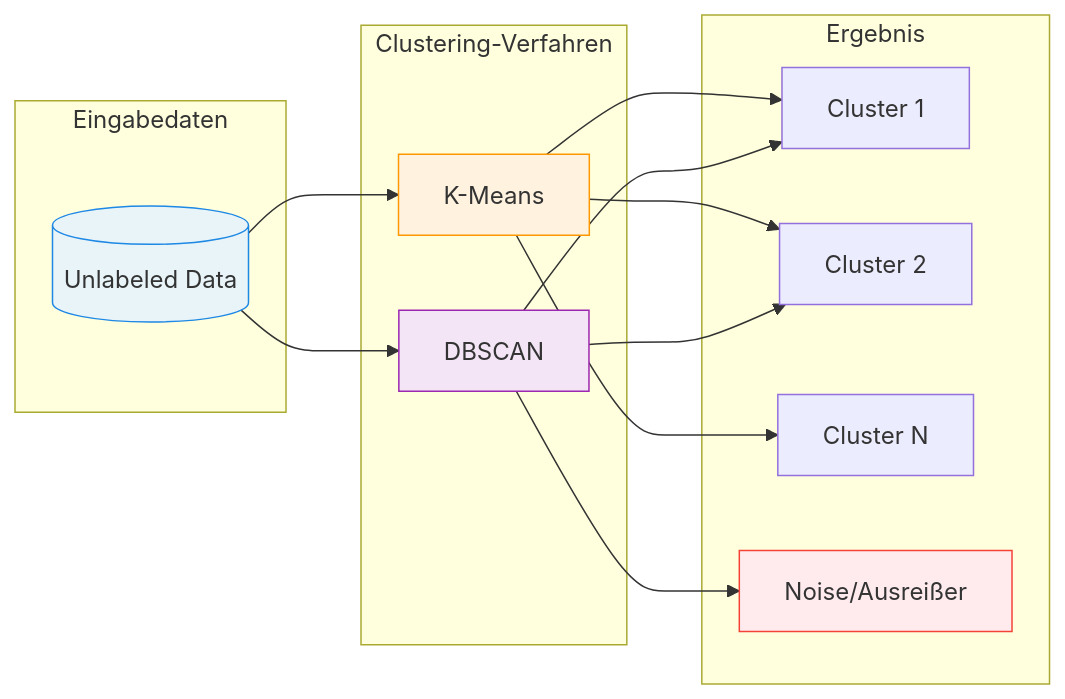
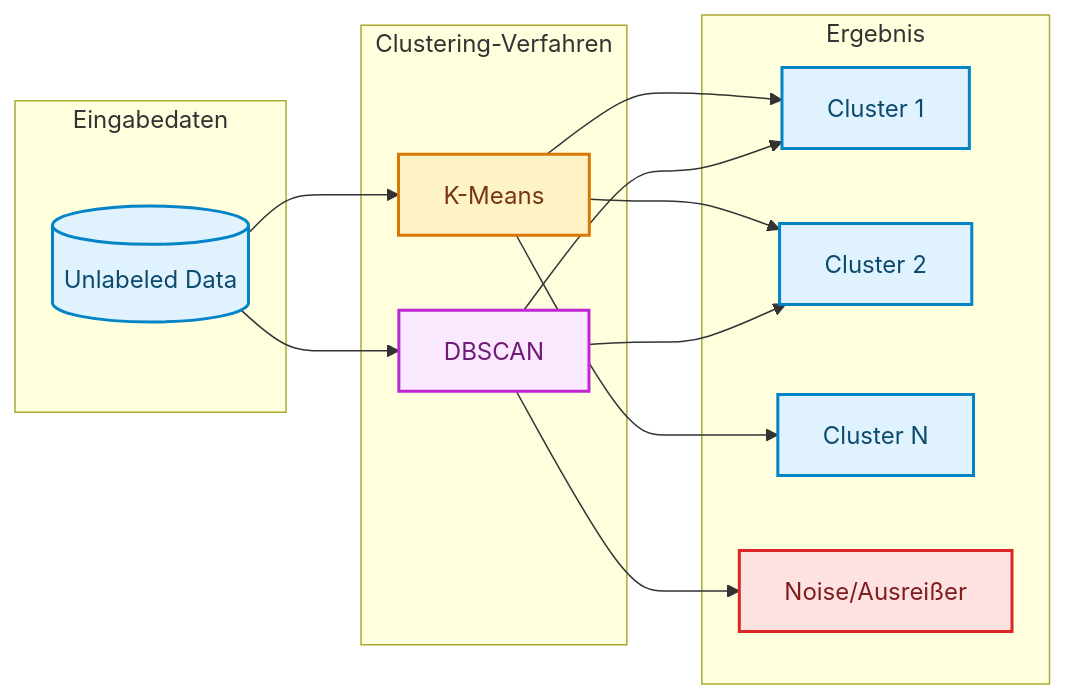
The first of 6 diagrams in docs/concepts/modeling/kmeans-dbscan.md (ralf-42/ML_Intro), drawn with Mermaid before and after one commit. The commit also changed other lines of this file and 67 other files, not shown here.

````diff
--- a/docs/concepts/modeling/kmeans-dbscan.md
+++ b/docs/concepts/modeling/kmeans-dbscan.md
@@ -33,32 +33,35 @@
 ```mermaid
 flowchart LR
     subgraph Input["Eingabedaten"]
         D1[("Unlabeled Data")]
     end
     
     subgraph Clustering["Clustering-Verfahren"]
         K["K-Means"]
         DB["DBSCAN"]
     end
     
     subgraph Output["Ergebnis"]
         C1["Cluster 1"]
         C2["Cluster 2"]
         C3["Cluster N"]
         N["Noise/Ausreißer"]
     end
     
     D1 --> K
     D1 --> DB
     K --> C1
     K --> C2
     K --> C3
     DB --> C1
     DB --> C2
     DB --> N
-    
-    style D1 fill:#e8f4f8,stroke:#1e88e5
-    style K fill:#fff3e0,stroke:#ff9800
-    style DB fill:#f3e5f5,stroke:#9c27b0
-    style N fill:#ffebee,stroke:#f44336
+
+    classDef default fill:#e0f2fe,stroke:#0284c7,stroke-width:2px,color:#0c4a6e;
+    classDef metric fill:#fef3c7,stroke:#d97706,stroke-width:2px,color:#78350f;
+    classDef target fill:#fae8ff,stroke:#c026d3,stroke-width:2px,color:#701a75;
+    classDef stop fill:#fee2e2,stroke:#dc2626,stroke-width:2px,color:#7f1d1d;
+    class K metric;
+    class DB target;
+    class N stop;
 ```
````
